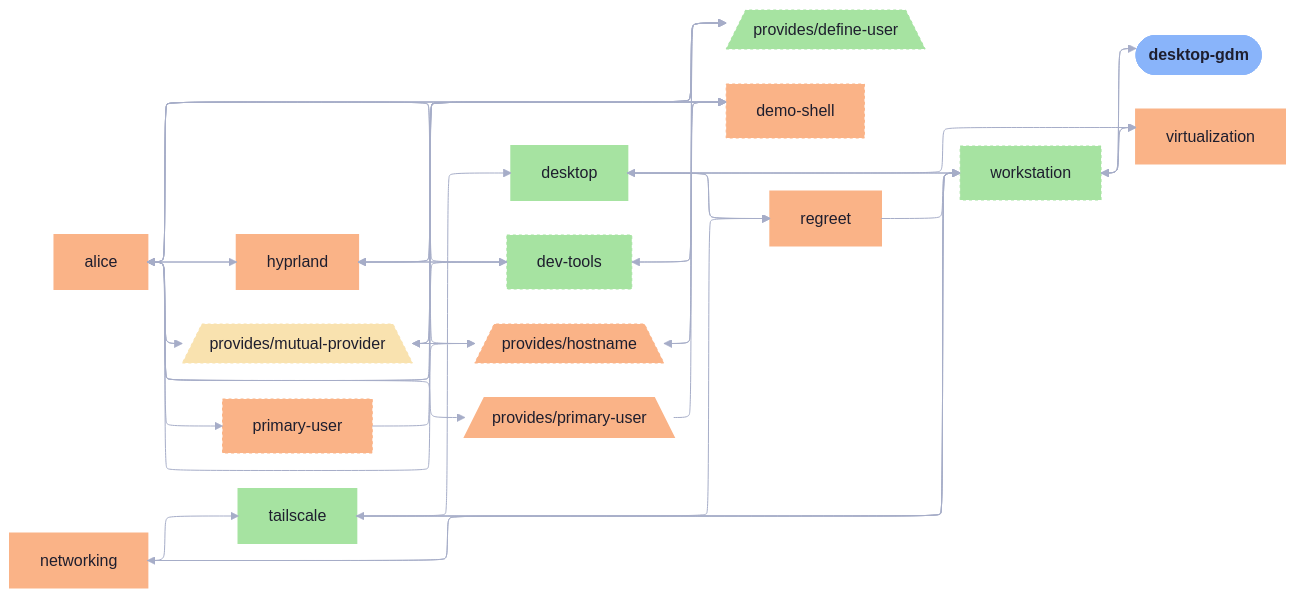
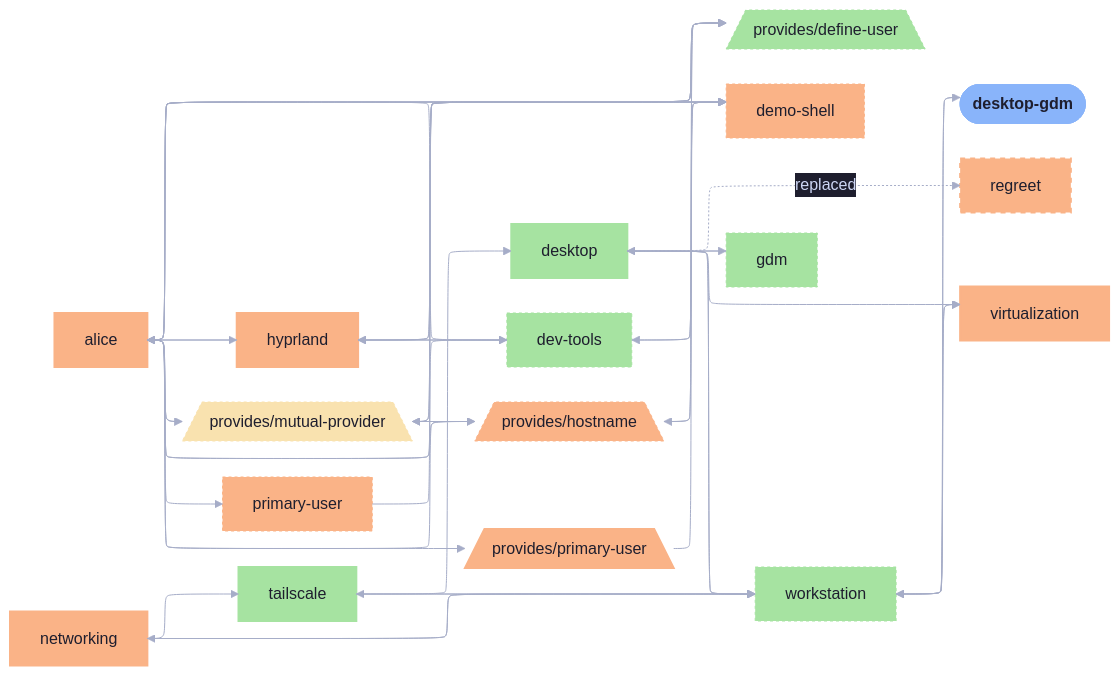
One commit to sini/den changed the diagram in templates/diag-fx-demo/diagrams/desktop-gdm-simple.md. Above: the diagram before and after it, drawn with Mermaid. The commit also changed 526 other files, not shown here.

Commit message:
chore: update fx diagrams

```diff
--- a/templates/diag-fx-demo/diagrams/desktop-gdm-simple.md
+++ b/templates/diag-fx-demo/diagrams/desktop-gdm-simple.md
@@ -11,6 +11,7 @@
   demo_shell["demo-shell"]:::demo_shell_c
   desktop["desktop"]:::desktop_c
   dev_tools["dev-tools"]:::dev_tools_c
+  gdm["gdm"]:::gdm_c
   den__provides__hostname[/"provides/hostname"\]:::den__provides__hostname_c
   hyprland["hyprland"]:::hyprland_c
   den__provides__mutual_provider[/"provides/mutual-provider"\]:::den__provides__mutual_provider_c
@@ -43,15 +44,16 @@
   demo_shell --> alice
   demo_shell --> dev_tools
   den__provides__primary_user --> demo_shell
+  desktop --> gdm
   desktop --> workstation
-  desktop --> regreet
+  desktop -.->|replaced| regreet
   desktop --> virtualization
   desktop_gdm --> workstation
   dev_tools --> alice
   dev_tools --> demo_shell
   dev_tools --> hyprland
+  gdm --> desktop
   networking --> workstation
-  regreet --> workstation
   tailscale --> workstation
   virtualization --> workstation
   hyprland --> dev_tools
@@ -59,9 +61,7 @@
   hyprland --> demo_shell
   networking --> tailscale
   primary_user --> demo_shell
-  regreet --> desktop
   tailscale --> desktop
-  tailscale --> regreet
   workstation --> desktop
   workstation --> desktop_gdm
   workstation --> networking
@@ -75,13 +75,14 @@
   classDef desktop_c fill:#a6e3a1,stroke:#a6e3a1,color:#1e1e2e,stroke-width:2px
   classDef desktop_gdm_c fill:#a6e3a1,stroke:#a6e3a1,color:#1e1e2e,stroke-width:3px
   classDef dev_tools_c fill:#a6e3a1,stroke:#a6e3a1,color:#1e1e2e,stroke-dasharray: 3 3,stroke-width:1px
+  classDef gdm_c fill:#a6e3a1,stroke:#a6e3a1,color:#1e1e2e,stroke-dasharray: 3 3,stroke-width:1px
   classDef den__provides__hostname_c fill:#fab387,stroke:#fab387,color:#1e1e2e,stroke-dasharray: 3 3,stroke-width:1px
   classDef hyprland_c fill:#fab387,stroke:#fab387,color:#1e1e2e,stroke-width:2px
   classDef den__provides__mutual_provider_c fill:#f9e2af,stroke:#f9e2af,color:#1e1e2e,stroke-dasharray: 3 3,stroke-width:1px
   classDef networking_c fill:#fab387,stroke:#fab387,color:#1e1e2e,stroke-width:2px
   classDef primary_user_c fill:#fab387,stroke:#fab387,color:#1e1e2e,stroke-dasharray: 3 3,stroke-width:1px
   classDef den__provides__primary_user_c fill:#fab387,stroke:#fab387,color:#1e1e2e,stroke-width:2px
-  classDef regreet_c fill:#fab387,stroke:#fab387,color:#1e1e2e,stroke-width:2px
+  classDef regreet_c fill:#fab387,stroke:#fab387,color:#1e1e2e,stroke-dasharray: 5 5,stroke-width:2px
   classDef tailscale_c fill:#a6e3a1,stroke:#a6e3a1,color:#1e1e2e,stroke-width:2px
   classDef virtualization_c fill:#fab387,stroke:#fab387,color:#1e1e2e,stroke-width:2px
   classDef workstation_c fill:#a6e3a1,stroke:#a6e3a1,color:#1e1e2e,stroke-dasharray: 3 3,stroke-width:1px
```
